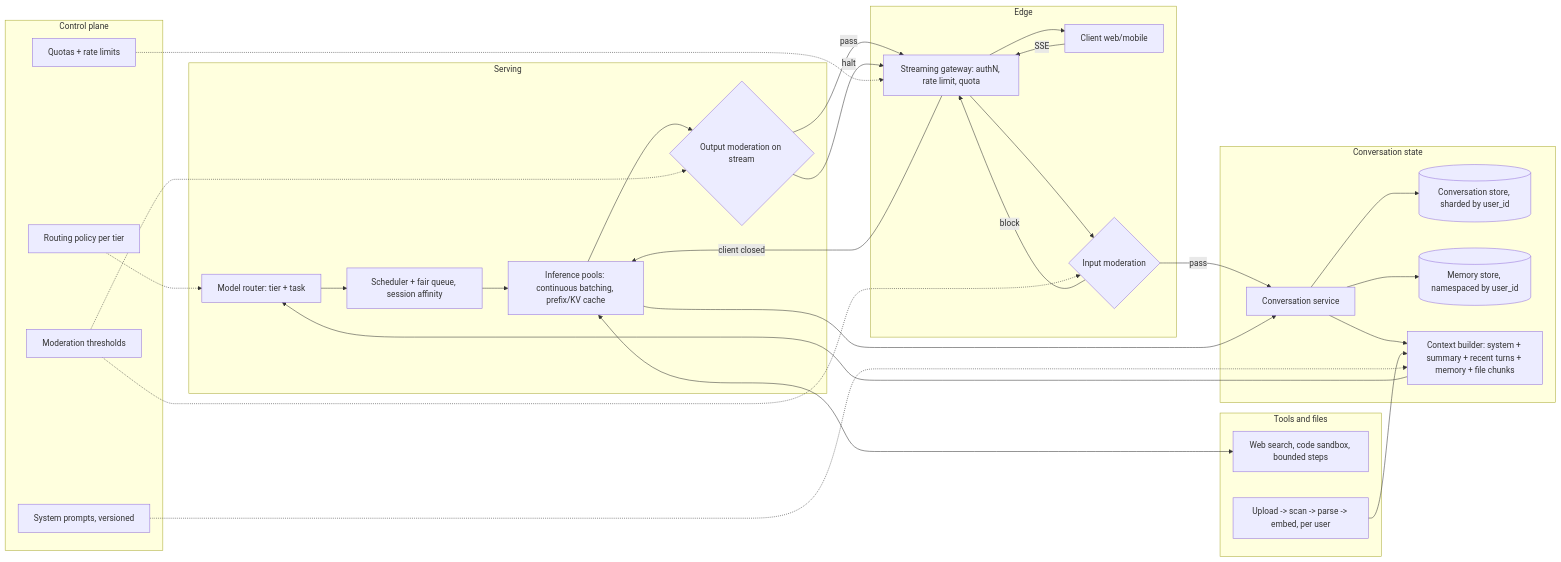
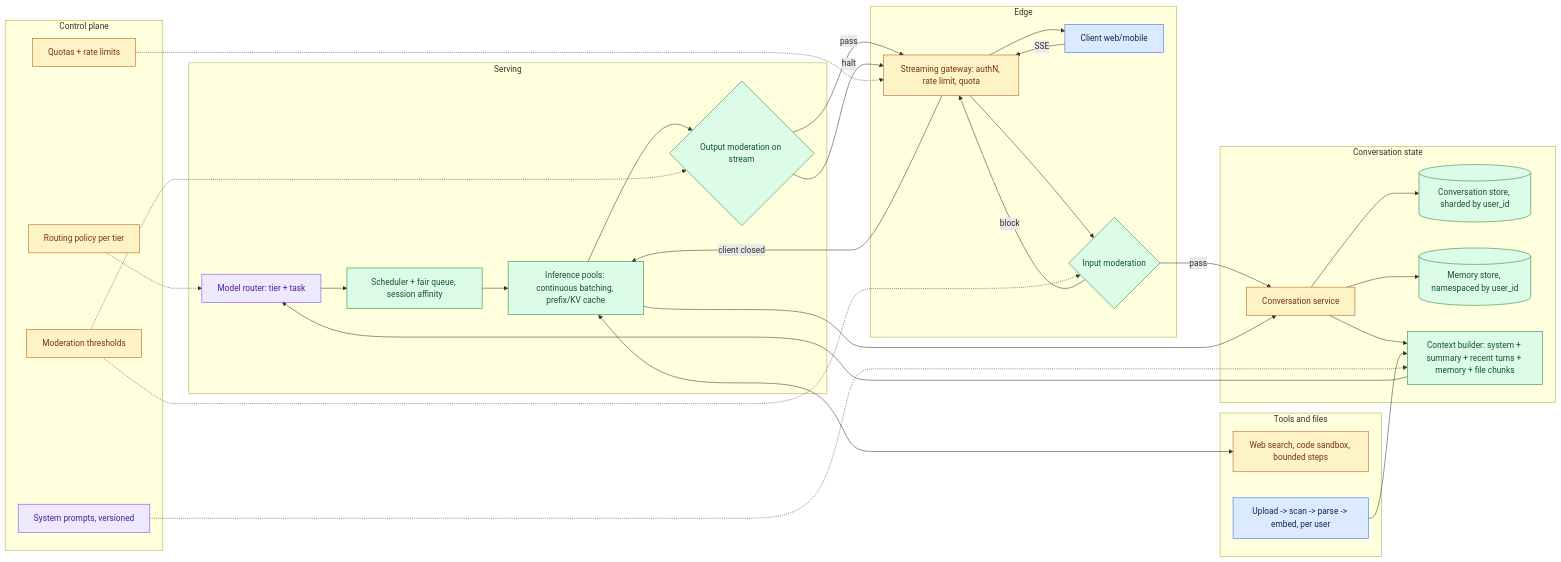
One commit to Sourav692/Forward-Deployed-Engineer-Interview-Prep changed the third of 3 diagrams in 02_System_Design_Case_Studies/Scenario_Packs_G01_G20/G18_Consumer_Scale_Chat_Service/4_Full_Design/G18_Full_Design.md. Above: the diagram before and after it, drawn with Mermaid. The commit also changed other lines of this file and 1268 other files, not shown here.

First line of the commit message:
content: polish Casebook writing and Mermaid diagrams (#251)

````diff
--- a/02_System_Design_Case_Studies/Scenario_Packs_G01_G20/G18_Consumer_Scale_Chat_Service/4_Full_Design/G18_Full_Design.md
+++ b/02_System_Design_Case_Studies/Scenario_Packs_G01_G20/G18_Consumer_Scale_Chat_Service/4_Full_Design/G18_Full_Design.md
@@ -138,45 +168,55 @@
 ```mermaid
 flowchart LR
     subgraph CP[Control plane]
         RP[Routing policy per tier]
         QT[Quotas + rate limits]
         SP[System prompts, versioned]
         MT[Moderation thresholds]
     end
 
     subgraph EDGE[Edge]
         C[Client web/mobile] -- SSE --> GW[Streaming gateway: authN, rate limit, quota]
         GW --> IM{Input moderation}
     end
 
     subgraph STATE[Conversation state]
         CS[Conversation service] --> DB[(Conversation store, sharded by user_id)]
         CS --> MEM[(Memory store, namespaced by user_id)]
         CB[Context builder: system + summary + recent turns + memory + file chunks]
     end
 
     subgraph SERVE[Serving]
         MR[Model router: tier + task] --> SQ[Scheduler + fair queue, session affinity]
         SQ --> INF[Inference pools: continuous batching, prefix/KV cache]
         INF --> OM{Output moderation on stream}
     end
 
     subgraph AUX[Tools and files]
         TL[Web search, code sandbox, bounded steps]
         FU[Upload -> scan -> parse -> embed, per user]
     end
 
     IM -- pass --> CS
     IM -- block --> GW
     CS --> CB --> MR
     FU --> CB
     INF <--> TL
     OM -- pass --> GW --> C
     OM -- halt --> GW
     GW -- client closed --> INF
     INF --> CS
     RP -.-> MR
     QT -.-> GW
     SP -.-> CB
     MT -.-> IM & OM
+
+    %% Casebook colours: entry, reasoning, results, controls, and stopped paths.
+    classDef cbPolicy fill:#fef3c7,stroke:#b45309,color:#78350f
+    class RP,QT,MT,GW,CS,TL cbPolicy
+    classDef cbReason fill:#ede9fe,stroke:#7c3aed,color:#4c1d95
+    class SP,MR cbReason
+    classDef cbInput fill:#dbeafe,stroke:#2563eb,color:#172554
+    class C,FU cbInput
+    classDef cbAction fill:#dcfce7,stroke:#15803d,color:#14532d
+    class IM,DB,MEM,CB,SQ,INF,OM cbAction
 ```
````
